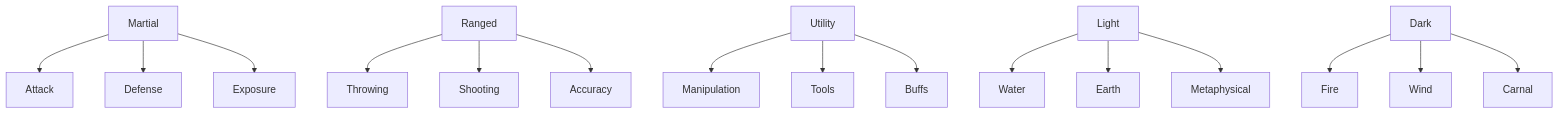
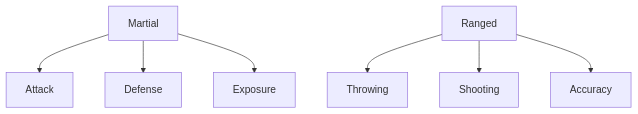
The first of 3 diagrams in _posts/That Game/2019-05-20-character-proto.md (adam-page/adam-page.github.io), drawn with Mermaid before and after one commit. The commit also changed 1 other file, not shown here.

Commit message:
Updated proto diagram again...

````diff
--- a/_posts/That Game/2019-05-20-character-proto.md
+++ b/_posts/That Game/2019-05-20-character-proto.md
@@ -202,18 +202,9 @@
 ```mermaid
 graph TD
 	Martial-->Attack
 	Martial-->Defense
 	Martial-->Exposure
 	Ranged-->Throwing
 	Ranged-->Shooting
 	Ranged-->Accuracy
-	Utility-->Manipulation
-	Utility-->Tools
-	Utility-->Buffs
-	Light-->Water
-	Light-->Earth
-	Light-->Metaphysical
-	Dark-->Fire
-	Dark-->Wind
-	Dark-->Carnal
 ```
````
